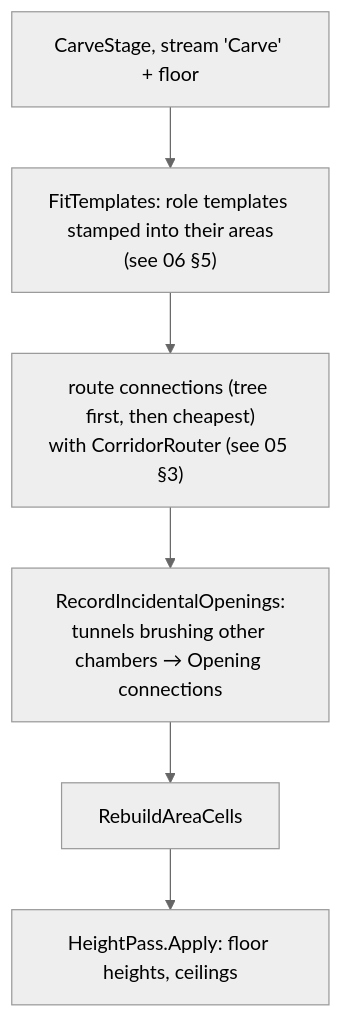
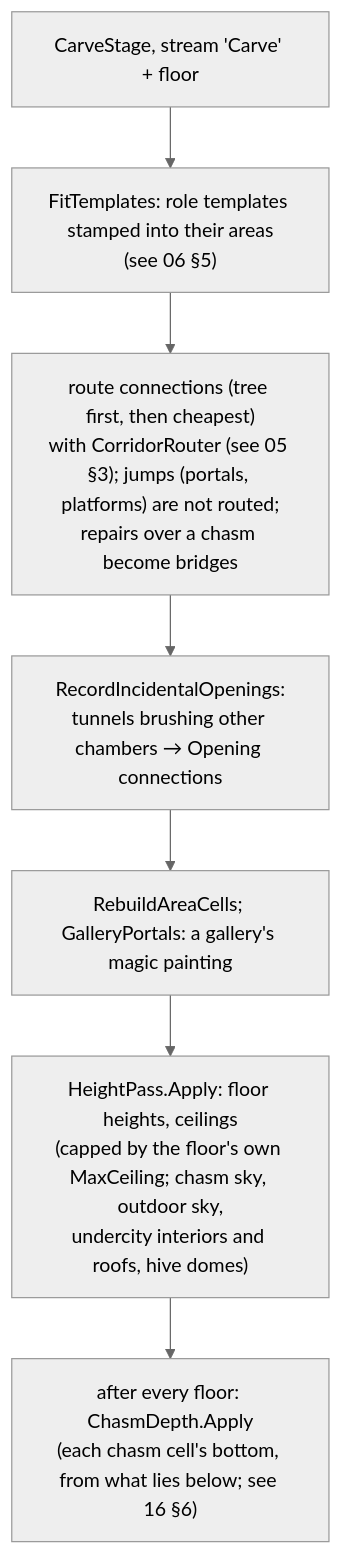
The first of 4 diagrams in Documentation/Dungeon/07-Carve-Validate-Analysis.md (Kaynan-Jamelaumn/SimpleMovementsUnityPackage), drawn with Mermaid (neutral theme) before and after one commit. The commit also changed other lines of this file and 161 other files, not shown here.

````diff
--- a/Documentation/Dungeon/07-Carve-Validate-Analysis.md
+++ b/Documentation/Dungeon/07-Carve-Validate-Analysis.md
@@ -20,8 +20,9 @@
 ```mermaid
 flowchart TD
     A["CarveStage, stream 'Carve' + floor"] --> B["FitTemplates: role templates stamped into their areas<br/>(see 06 §5)"]
-    B --> C["route connections (tree first, then cheapest)<br/>with CorridorRouter (see 05 §3)"]
+    B --> C["route connections (tree first, then cheapest)<br/>with CorridorRouter (see 05 §3); jumps (portals, platforms) are not routed;<br/>repairs over a chasm become bridges"]
     C --> D["RecordIncidentalOpenings:<br/>tunnels brushing other chambers → Opening connections"]
-    D --> E["RebuildAreaCells"]
-    E --> F["HeightPass.Apply: floor heights, ceilings"]
+    D --> E["RebuildAreaCells; GalleryPortals: a gallery's magic painting"]
+    E --> F["HeightPass.Apply: floor heights, ceilings<br/>(capped by the floor's own MaxCeiling; chasm sky, outdoor sky,<br/>undercity interiors and roofs, hive domes)"]
+    F --> G["after every floor: ChasmDepth.Apply<br/>(each chasm cell's bottom, from what lies below; see 16 §6)"]
 ```
````
